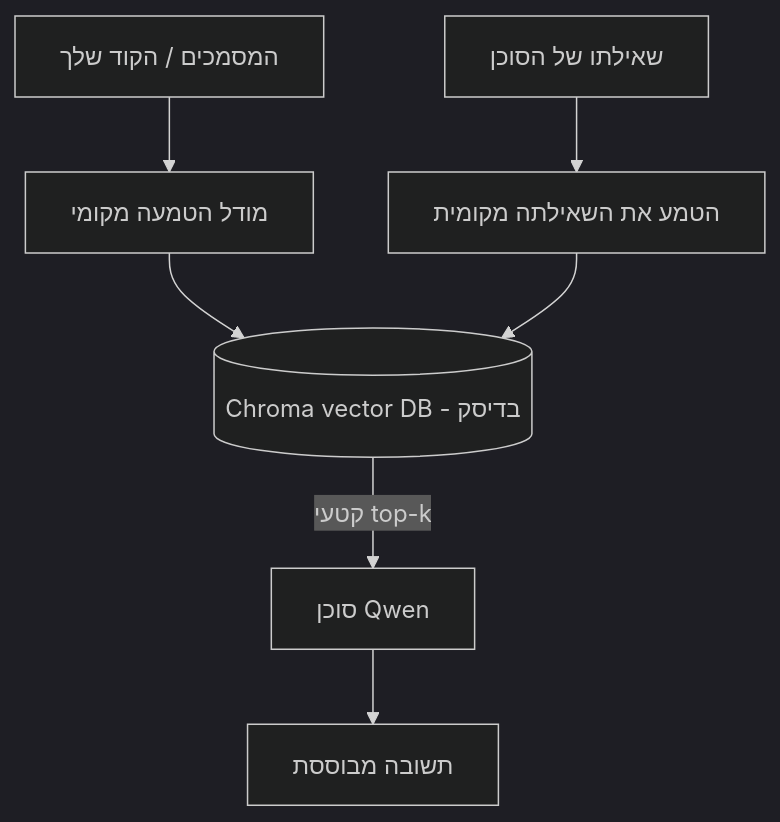
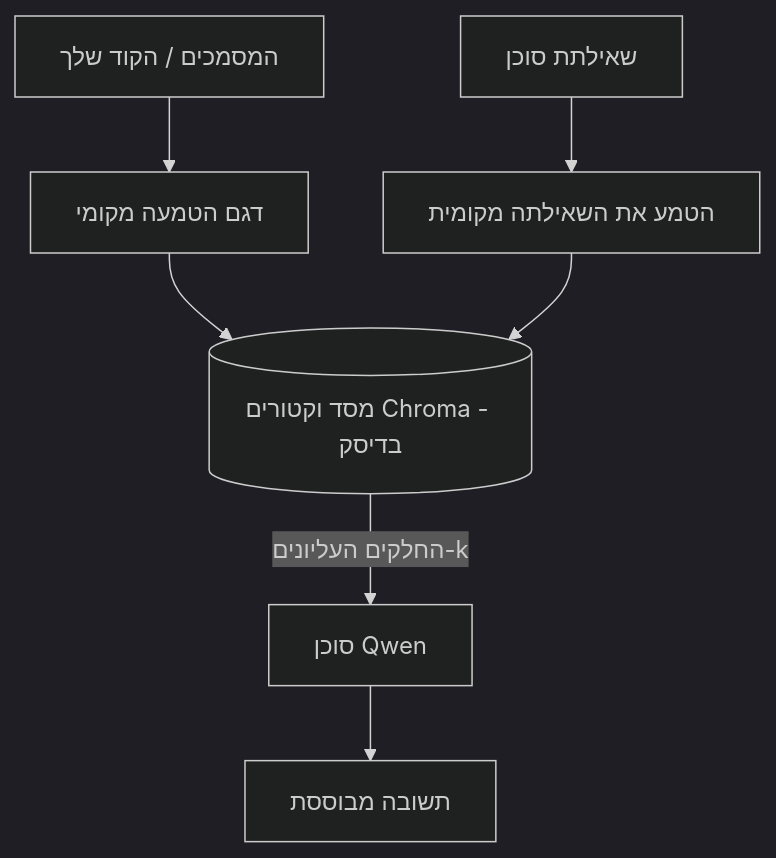
Before and after one commit to microsoft/ai-agents-for-beginners: the third of 4 diagrams in translations/he/17-creating-local-ai-agents/README.md, drawn with Mermaid (dark theme). The commit also changed other lines of this file and 47 other files, not shown here.

````diff
--- a/translations/he/17-creating-local-ai-agents/README.md
+++ b/translations/he/17-creating-local-ai-agents/README.md
@@ -125,9 +125,9 @@
 ```mermaid
 flowchart TB
-    D[המסמכים / הקוד שלך] --> E[מודל הטמעה מקומי]
-    E --> V[(Chroma vector DB - בדיסק)]
-    Q[שאילתו של הסוכן] --> QE[הטמע את השאילתה מקומית]
+    D[המסמכים / הקוד שלך] --> E[דגם הטמעה מקומי]
+    E --> V[(מסד וקטורים Chroma - בדיסק)]
+    Q[שאילתת סוכן] --> QE[הטמע את השאילתה מקומית]
     QE --> V
-    V -->|קטעי top-k| A[סוכן Qwen]
+    V -->|החלקים העליונים-k| A[סוכן Qwen]
     A --> Ans[תשובה מבוססת]
 ```
````
